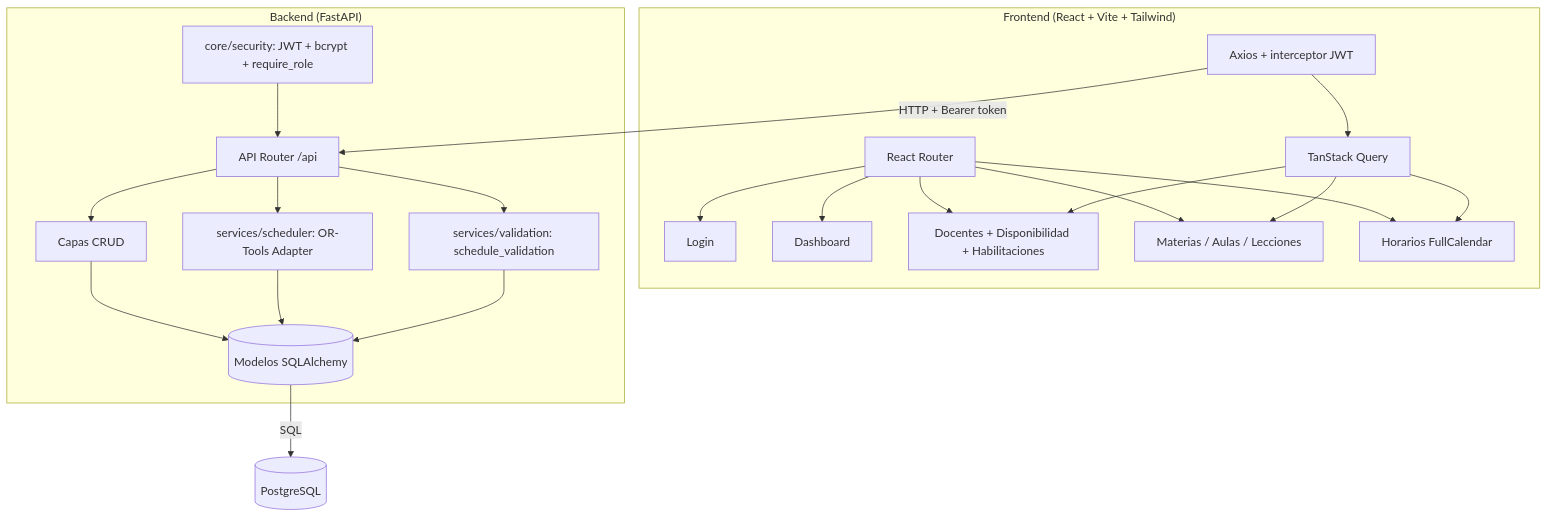
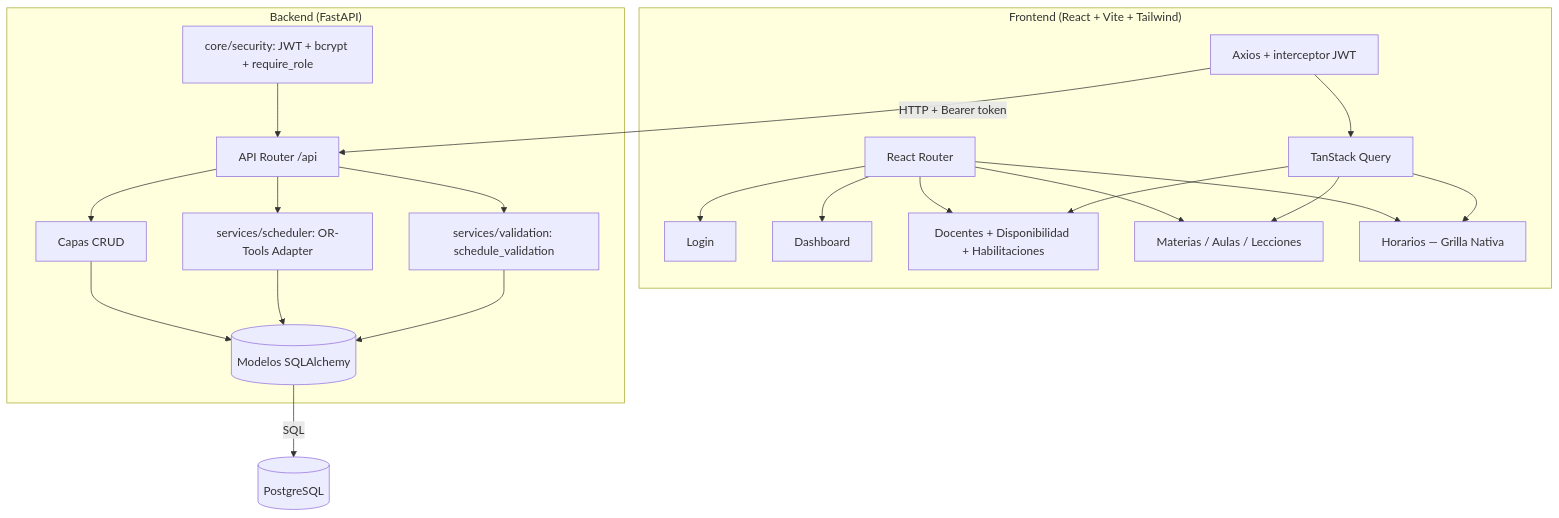
The second of 6 diagrams in SDD.md (Ozsourcecode19/UPT_horarios), drawn with Mermaid before and after one commit. The commit also changed other lines of this file and 24 other files, not shown here.

````diff
--- a/SDD.md
+++ b/SDD.md
@@ -100,27 +101,27 @@
 ```mermaid
 flowchart TD
     subgraph FRONTEND["Frontend (React + Vite + Tailwind)"]
         R[React Router] --> P1[Login]
         R --> P2[Dashboard]
         R --> P3[Docentes + Disponibilidad + Habilitaciones]
         R --> P4[Materias / Aulas / Lecciones]
-        R --> P5[Horarios FullCalendar]
+        R --> P5[Horarios — Grilla Nativa]
         QK[TanStack Query] --> P3
         QK --> P4
         QK --> P5
         AXIOS[Axios + interceptor JWT] --> QK
     end
 
     subgraph BACKEND["Backend (FastAPI)"]
         API[API Router /api] --> CRUD[Capas CRUD]
         API --> SVC1[services/scheduler: OR-Tools Adapter]
         API --> SVC2[services/validation: schedule_validation]
         CRUD --> MOD[(Modelos SQLAlchemy)]
         SVC1 --> MOD
         SVC2 --> MOD
         AUTH[core/security: JWT + bcrypt + require_role] --> API
     end
 
     AXIOS -->|HTTP + Bearer token| API
     MOD -->|SQL| PGSQL[(PostgreSQL)]
 ```
````
